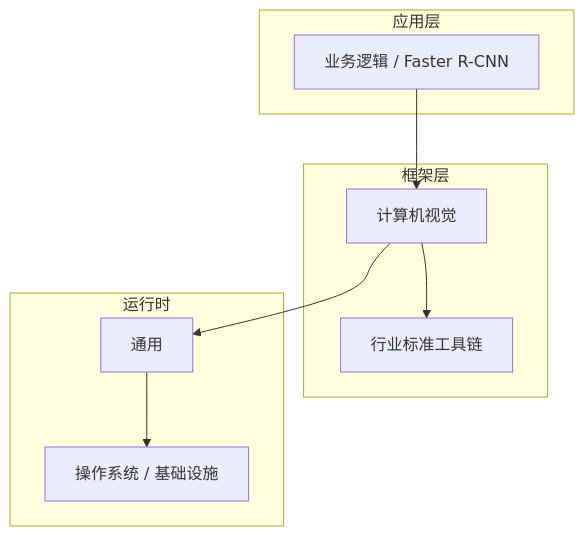
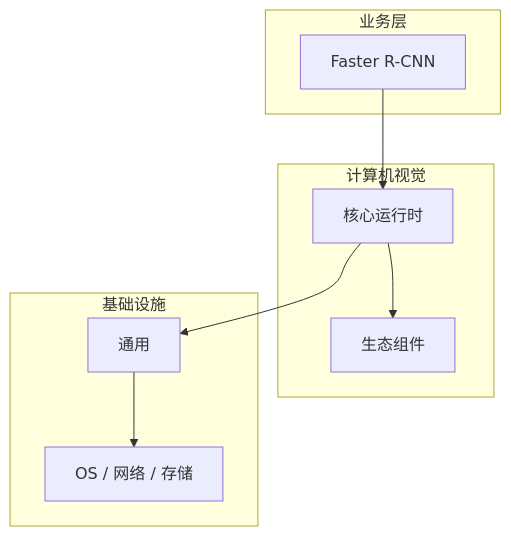
Before and after one commit to yanggan2015/knowledge-json-v2: the diagram in articles/计算机视觉/chapters/056-Faster-R-CNN核心概念与原理.md, drawn with Mermaid. The commit also changed other lines of this file and 10127 other files, not shown here.

````diff
--- a/articles/计算机视觉/chapters/056-Faster-R-CNN核心概念与原理.md
+++ b/articles/计算机视觉/chapters/056-Faster-R-CNN核心概念与原理.md
@@ -45,18 +30,18 @@
 ```mermaid
 graph TB
-    subgraph 应用层
-        A[业务逻辑 / Faster R-CNN]
+    subgraph 业务层
+        A[Faster R-CNN]
     end
-    subgraph 框架层
-        B[计算机视觉]
-        C[行业标准工具链]
+    subgraph 计算机视觉
+        B[核心运行时]
+        C[生态组件]
     end
-    subgraph 运行时
+    subgraph 基础设施
         D[通用]
-        E[操作系统 / 基础设施]
+        E[OS / 网络 / 存储]
     end
     A --> B
     B --> C
     B --> D
     D --> E
 ```
````
